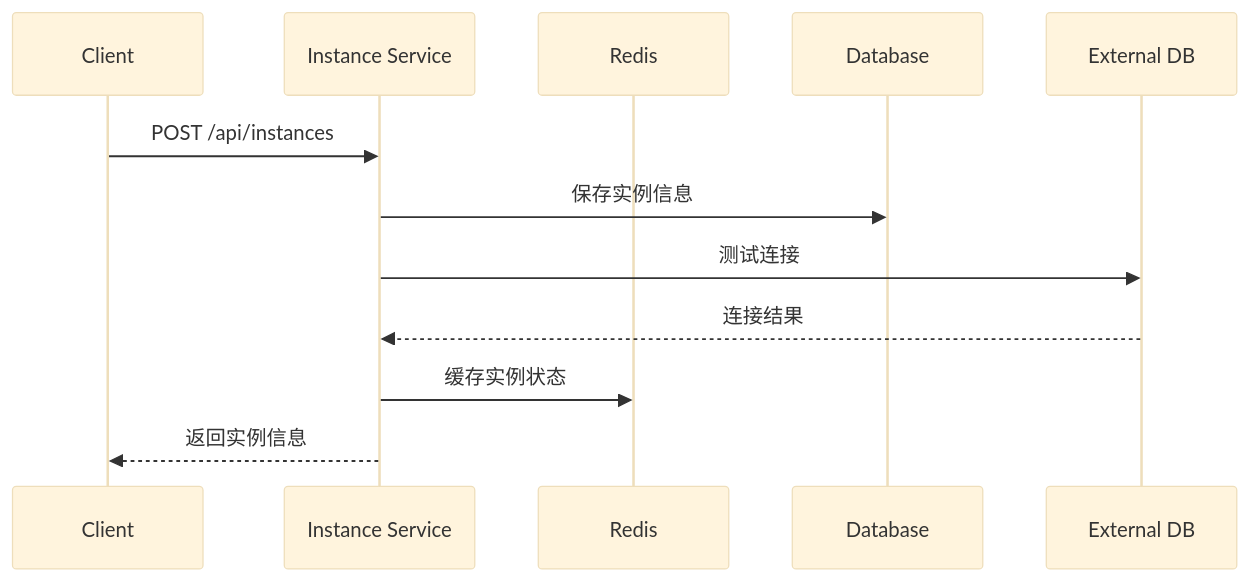
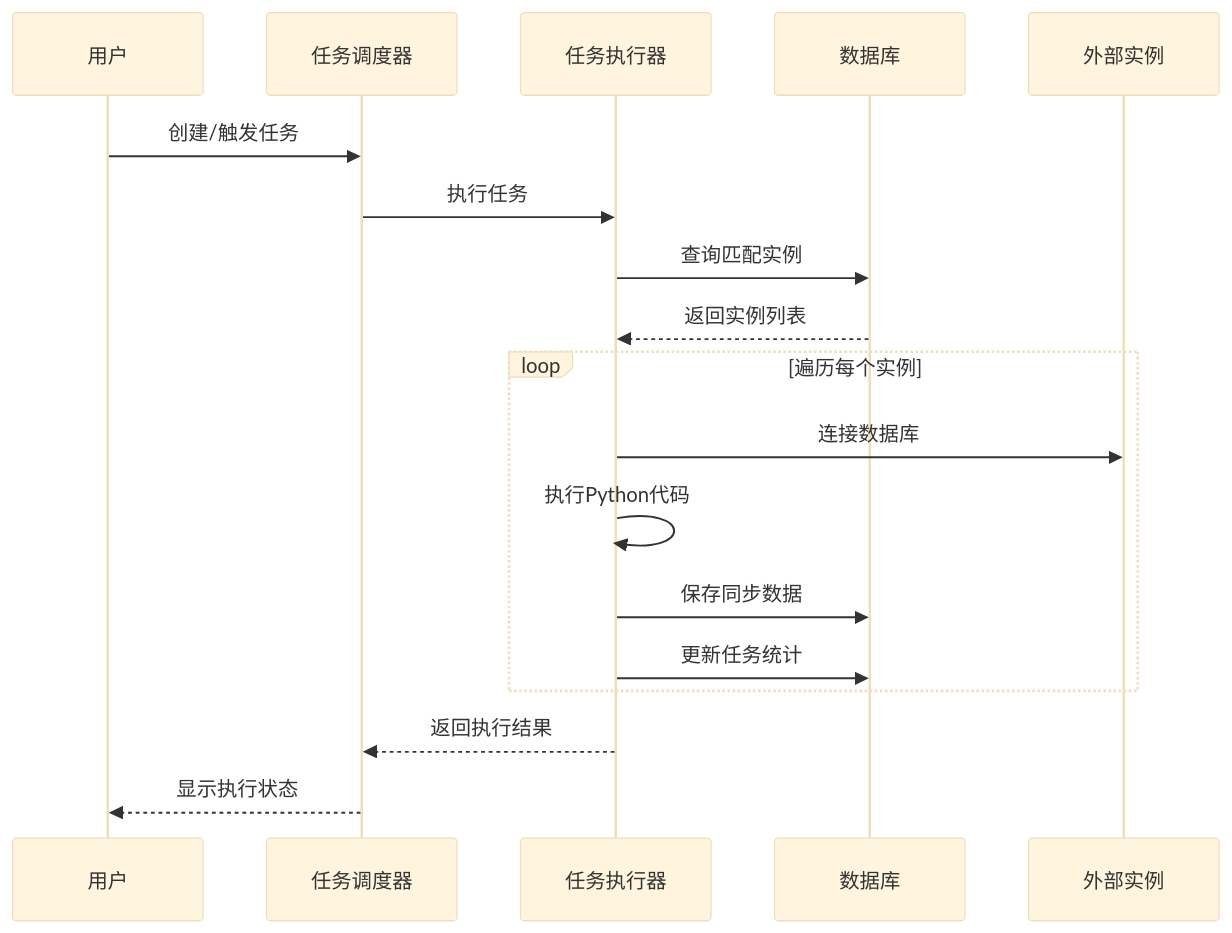
One commit to nyealovey/TaifishingV4 changed the third of 3 diagrams in doc/spec.md. Above: the diagram before and after it, drawn with Mermaid (base theme). The commit also changed other lines of this file and 5 other files, not shown here.

````diff
--- a/doc/spec.md
+++ b/doc/spec.md
@@ -330,15 +351,23 @@
 ```mermaid
 sequenceDiagram
-    participant C as Client
-    participant I as Instance Service
-    participant R as Redis
-    participant D as Database
-    participant DB as External DB
+    participant U as 用户
+    participant T as 任务调度器
+    participant E as 任务执行器
+    participant D as 数据库
+    participant I as 外部实例
     
-    C->>I: POST /api/instances
-    I->>D: 保存实例信息
-    I->>DB: 测试连接
-    DB-->>I: 连接结果
-    I->>R: 缓存实例状态
-    I-->>C: 返回实例信息
+    U->>T: 创建/触发任务
+    T->>E: 执行任务
+    E->>D: 查询匹配实例
+    D-->>E: 返回实例列表
+    
+    loop 遍历每个实例
+        E->>I: 连接数据库
+        E->>E: 执行Python代码
+        E->>D: 保存同步数据
+        E->>D: 更新任务统计
+    end
+    
+    E-->>T: 返回执行结果
+    T-->>U: 显示执行状态
 ```
````
